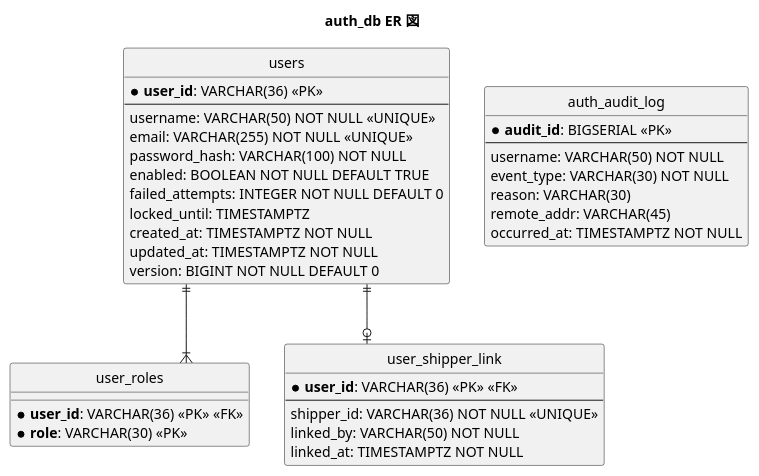
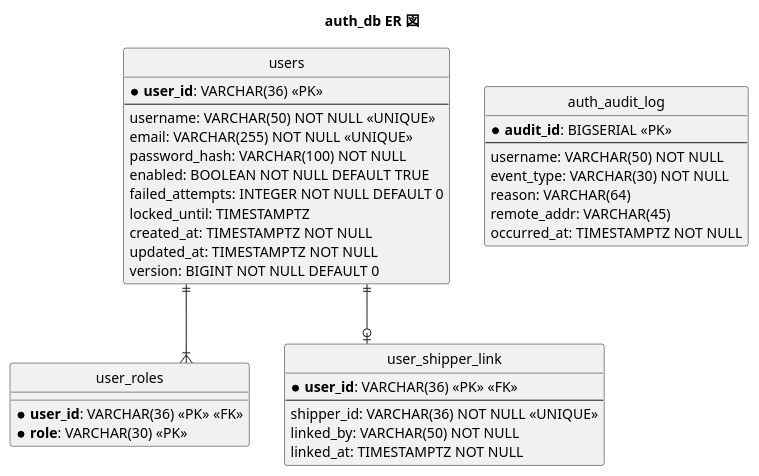
Before and after one commit to k2works/case-study-cargo-tracker: the third of 11 diagrams in docs/design/cargo-tracker/data-model.md, drawn with PlantUML. The commit also changed other lines of this file and 11 other files, not shown here.

````diff
--- a/docs/design/cargo-tracker/data-model.md
+++ b/docs/design/cargo-tracker/data-model.md
@@ -188,48 +188,48 @@
 ```plantuml
 @startuml
 title auth_db ER 図
 
 hide circle
 skinparam linetype ortho
 
 entity "users" as users {
   * **user_id**: VARCHAR(36) <<PK>>
   --
   username: VARCHAR(50) NOT NULL <<UNIQUE>>
   email: VARCHAR(255) NOT NULL <<UNIQUE>>
   password_hash: VARCHAR(100) NOT NULL
   enabled: BOOLEAN NOT NULL DEFAULT TRUE
   failed_attempts: INTEGER NOT NULL DEFAULT 0
   locked_until: TIMESTAMPTZ
   created_at: TIMESTAMPTZ NOT NULL
   updated_at: TIMESTAMPTZ NOT NULL
   version: BIGINT NOT NULL DEFAULT 0
 }
 
 entity "user_roles" as roles {
   * **user_id**: VARCHAR(36) <<PK>> <<FK>>
   * **role**: VARCHAR(30) <<PK>>
 }
 
 entity "user_shipper_link" as link {
   * **user_id**: VARCHAR(36) <<PK>> <<FK>>
   --
   shipper_id: VARCHAR(36) NOT NULL <<UNIQUE>>
   linked_by: VARCHAR(50) NOT NULL
   linked_at: TIMESTAMPTZ NOT NULL
 }
 
 entity "auth_audit_log" as audit {
   * **audit_id**: BIGSERIAL <<PK>>
   --
   username: VARCHAR(50) NOT NULL
   event_type: VARCHAR(30) NOT NULL
-  reason: VARCHAR(30)
+  reason: VARCHAR(64)
   remote_addr: VARCHAR(45)
   occurred_at: TIMESTAMPTZ NOT NULL
 }
 
 users ||--|{ roles
 users ||--o| link
 @enduml
 ```
````
